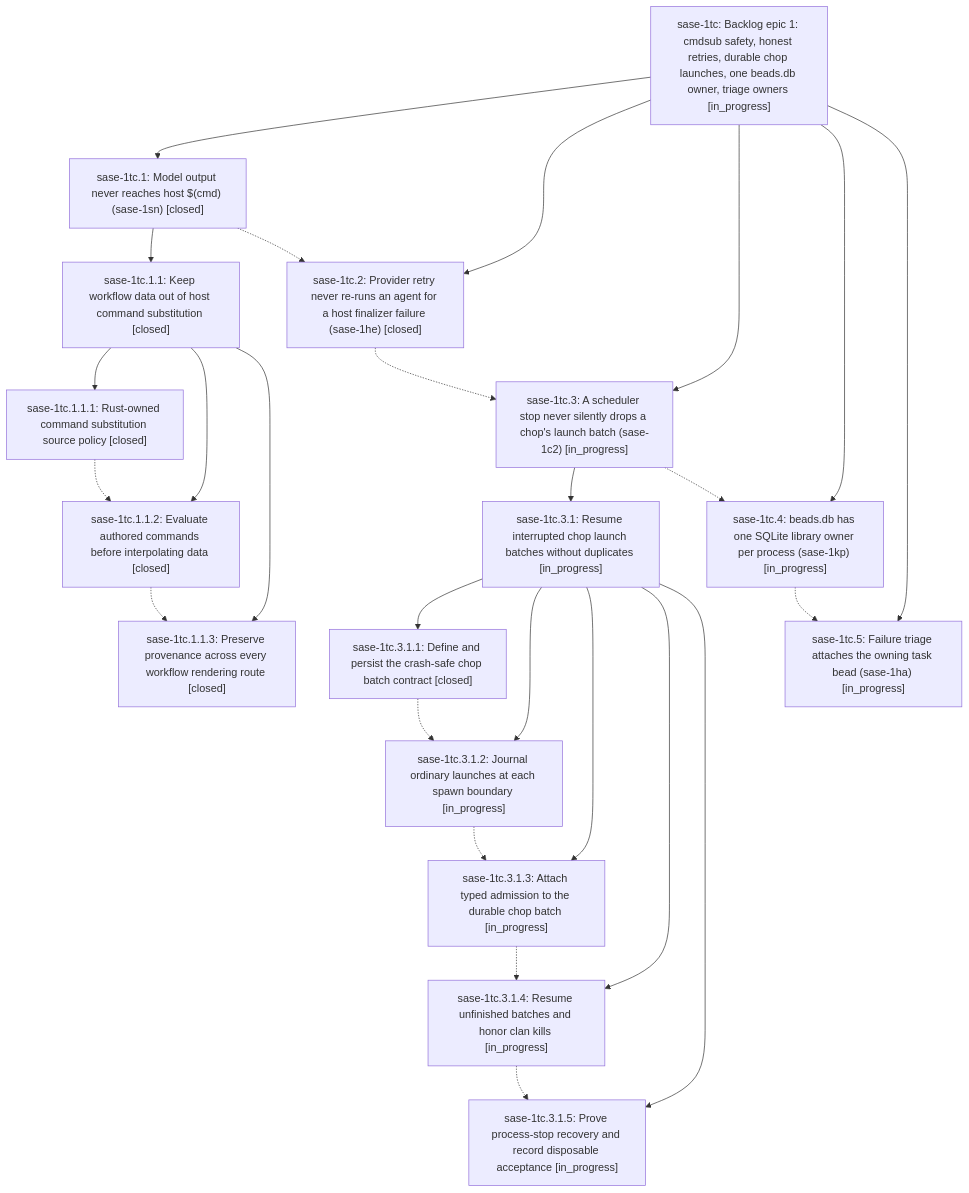
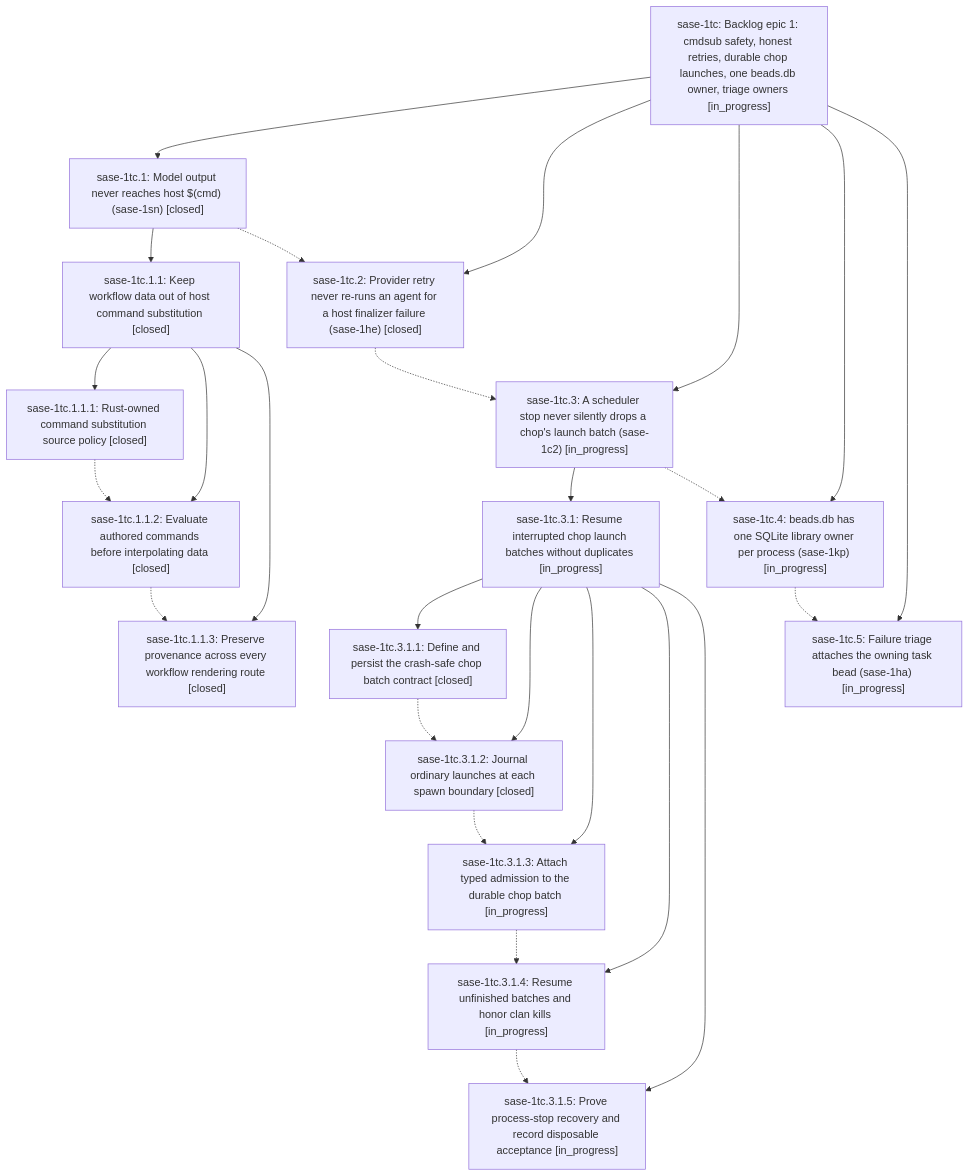
The diagram in pages/sase-1tc/README.md (sase-org/sase--beads), drawn with Mermaid before and after one commit. The commit also changed other lines of this file and 3 other files, not shown here.

````diff
--- a/pages/sase-1tc/README.md
+++ b/pages/sase-1tc/README.md
@@ -40,44 +44,44 @@
 ```mermaid
 flowchart TD
     n0["sase-1tc: Backlog epic 1: cmdsub safety, honest retries, durable chop launches, one beads.db owner, triage owners [in_progress]"]
     n1["sase-1tc.1: Model output never reaches host $(cmd) (sase-1sn) [closed]"]
     n2["sase-1tc.1.1: Keep workflow data out of host command substitution [closed]"]
     n3["sase-1tc.1.1.1: Rust-owned command substitution source policy [closed]"]
     n4["sase-1tc.1.1.2: Evaluate authored commands before interpolating data [closed]"]
     n5["sase-1tc.1.1.3: Preserve provenance across every workflow rendering route [closed]"]
     n6["sase-1tc.2: Provider retry never re-runs an agent for a host finalizer failure (sase-1he) [closed]"]
     n7["sase-1tc.3: A scheduler stop never silently drops a chop's launch batch (sase-1c2) [in_progress]"]
     n8["sase-1tc.3.1: Resume interrupted chop launch batches without duplicates [in_progress]"]
     n9["sase-1tc.3.1.1: Define and persist the crash-safe chop batch contract [closed]"]
-    n10["sase-1tc.3.1.2: Journal ordinary launches at each spawn boundary [in_progress]"]
+    n10["sase-1tc.3.1.2: Journal ordinary launches at each spawn boundary [closed]"]
     n11["sase-1tc.3.1.3: Attach typed admission to the durable chop batch [in_progress]"]
     n12["sase-1tc.3.1.4: Resume unfinished batches and honor clan kills [in_progress]"]
     n13["sase-1tc.3.1.5: Prove process-stop recovery and record disposable acceptance [in_progress]"]
     n14["sase-1tc.4: beads.db has one SQLite library owner per process (sase-1kp) [in_progress]"]
     n15["sase-1tc.5: Failure triage attaches the owning task bead (sase-1ha) [in_progress]"]
     n0 --> n1
     n1 --> n2
     n2 --> n3
     n2 --> n4
     n2 --> n5
     n0 --> n6
     n0 --> n7
     n7 --> n8
     n8 --> n9
     n8 --> n10
     n8 --> n11
     n8 --> n12
     n8 --> n13
     n0 --> n14
     n0 --> n15
     n1 -.-> n6
     n3 -.-> n4
     n4 -.-> n5
     n6 -.-> n7
     n7 -.-> n14
     n9 -.-> n10
     n10 -.-> n11
     n11 -.-> n12
     n12 -.-> n13
     n14 -.-> n15
 ```
````
